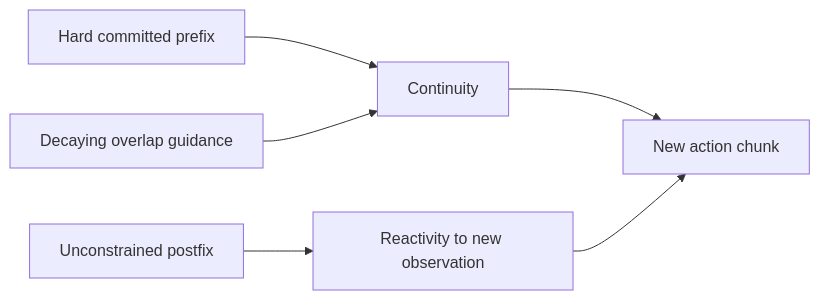
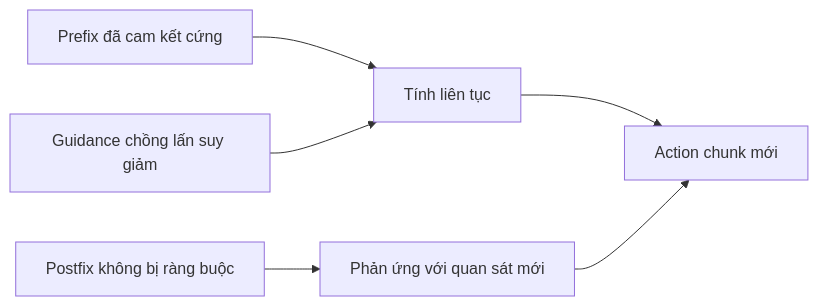
Before and after one commit to cycler04/VinRobotics-VLA: the diagram in docs/research_finding/02-realtime-chunking/module_details/inference/soft_masking_and_stability.md, drawn with Mermaid. The commit also changed other lines of this file and 79 other files, not shown here.

````diff
--- a/docs/research_finding/02-realtime-chunking/module_details/inference/soft_masking_and_stability.md
+++ b/docs/research_finding/02-realtime-chunking/module_details/inference/soft_masking_and_stability.md
@@ -34,8 +35,8 @@
 ```mermaid
 flowchart LR
-    HARD[Hard committed prefix] --> CONT[Continuity]
-    SOFT[Decaying overlap guidance] --> CONT
-    FREE[Unconstrained postfix] --> REACT[Reactivity to new observation]
-    CONT --> CHUNK[New action chunk]
+    HARD[Prefix đã cam kết cứng] --> CONT[Tính liên tục]
+    SOFT[Guidance chồng lấn suy giảm] --> CONT
+    FREE[Postfix không bị ràng buộc] --> REACT[Phản ứng với quan sát mới]
+    CONT --> CHUNK[Action chunk mới]
     REACT --> CHUNK
 ```
````
